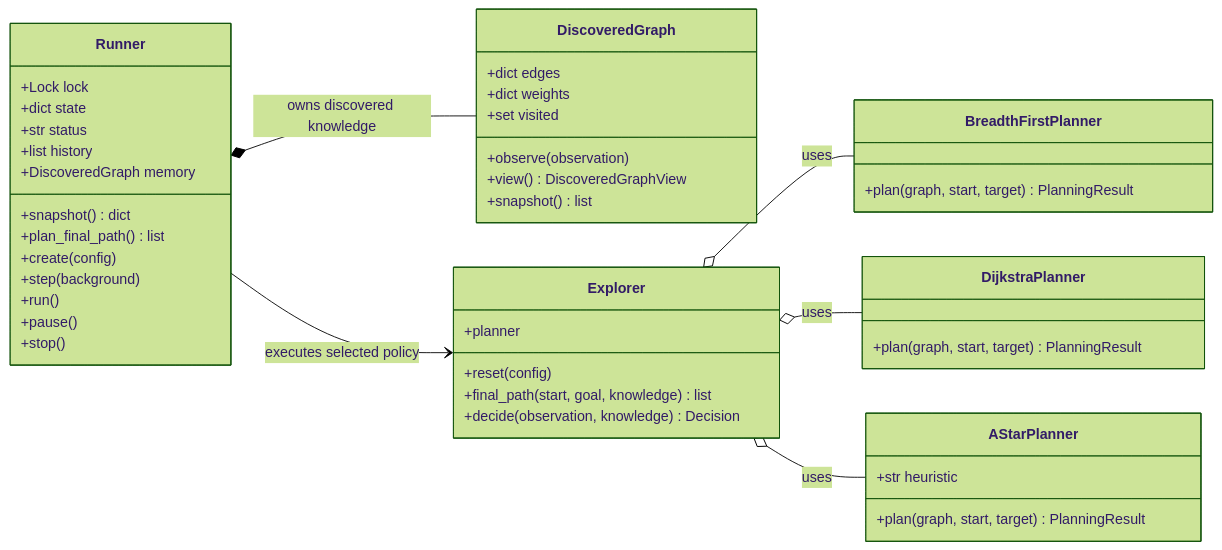
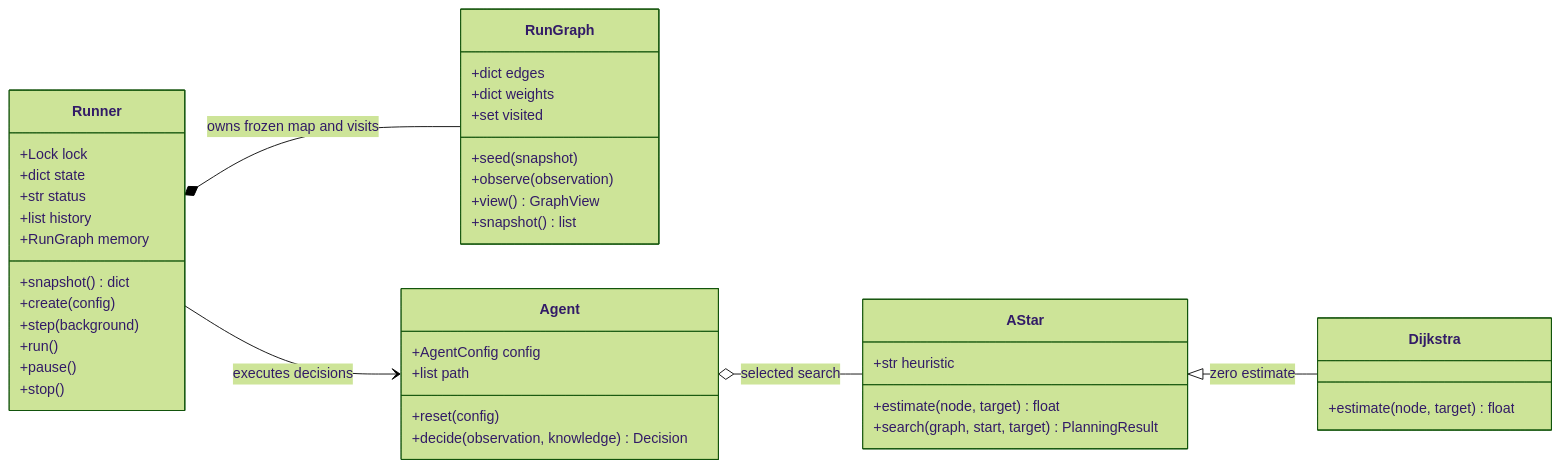
The second of 2 diagrams in docs/class-diagrams.md (Lesaloon/ESIEA_AI_CALCULABILITY_FINAL), drawn with Mermaid (forest theme) before and after one commit. The commit also changed other lines of this file and 19 other files, not shown here.

First line of the commit message:
feat(agent)!: search full maps without exploration

````diff
--- a/docs/class-diagrams.md
+++ b/docs/class-diagrams.md
@@ -53,54 +53,50 @@
 ```mermaid
 classDiagram
     direction LR
 
     class Runner {
         +Lock lock
         +dict state
         +str status
         +list history
-        +DiscoveredGraph memory
+        +RunGraph memory
         +snapshot() dict
-        +plan_final_path() list
         +create(config)
         +step(background)
         +run()
         +pause()
         +stop()
     }
 
-    class DiscoveredGraph {
+    class RunGraph {
         +dict edges
         +dict weights
         +set visited
+        +seed(snapshot)
         +observe(observation)
-        +view() DiscoveredGraphView
+        +view() GraphView
         +snapshot() list
     }
 
-    class Explorer {
-        +planner
+    class Agent {
+        +AgentConfig config
+        +list path
         +reset(config)
-        +final_path(start, goal, knowledge) list
         +decide(observation, knowledge) Decision
     }
 
-    class BreadthFirstPlanner {
-        +plan(graph, start, target) PlanningResult
+    class AStar {
+        +str heuristic
+        +estimate(node, target) float
+        +search(graph, start, target) PlanningResult
     }
 
-    class DijkstraPlanner {
-        +plan(graph, start, target) PlanningResult
+    class Dijkstra {
+        +estimate(node, target) float
     }
 
-    class AStarPlanner {
-        +str heuristic
-        +plan(graph, start, target) PlanningResult
-    }
-
-    Runner *-- DiscoveredGraph : owns discovered knowledge
-    Runner --> Explorer : executes selected policy
-    Explorer o-- BreadthFirstPlanner : uses
-    Explorer o-- DijkstraPlanner : uses
-    Explorer o-- AStarPlanner : uses
+    Runner *-- RunGraph : owns frozen map and visits
+    Runner --> Agent : executes decisions
+    Agent o-- AStar : selected search
+    AStar <|-- Dijkstra : zero estimate
 ```
````
